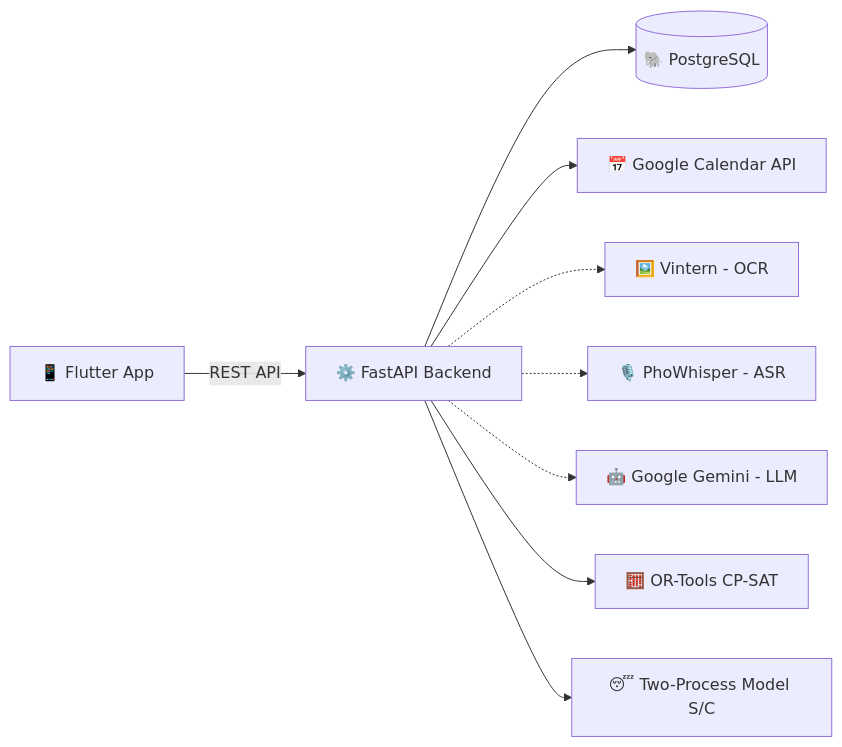
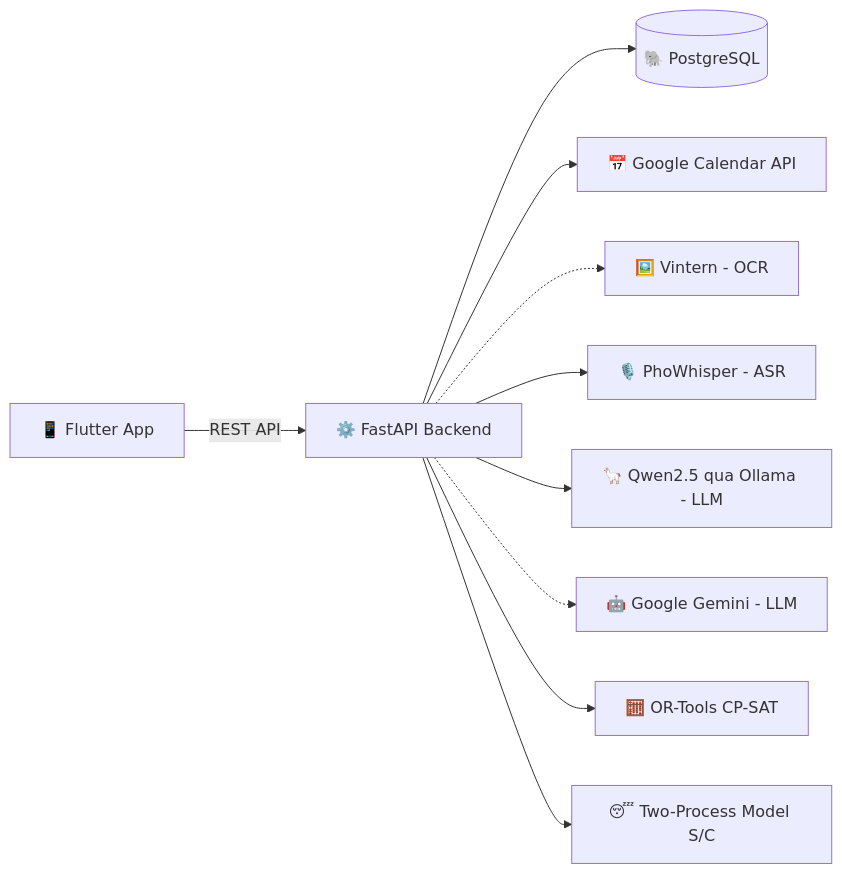
The diagram in README.md (Znoywho/Recolly), drawn with Mermaid before and after one commit. The commit also changed other lines of this file, not shown here.

````diff
--- a/README.md
+++ b/README.md
@@ -92,11 +92,12 @@
 ```mermaid
 flowchart LR
     A[📱 Flutter App] -->|REST API| B[⚙️ FastAPI Backend]
     B --> C[(🐘 PostgreSQL)]
     B --> D[📅 Google Calendar API]
     B -.-> E[🖼️ Vintern - OCR]
-    B -.-> F[🎙️ PhoWhisper - ASR]
+    B --> F[🎙️ PhoWhisper - ASR]
+    B --> J[🦙 Qwen2.5 qua Ollama - LLM]
     B -.-> G[🤖 Google Gemini - LLM]
     B --> H[🧮 OR-Tools CP-SAT]
     B --> I[😴 Two-Process Model S/C]
 ```
````
